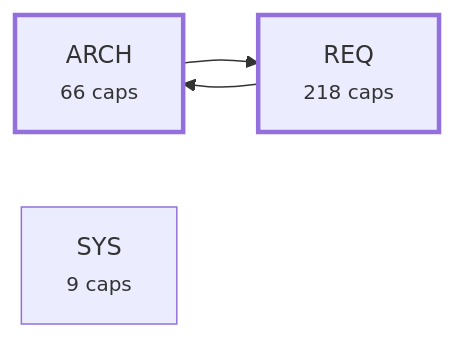
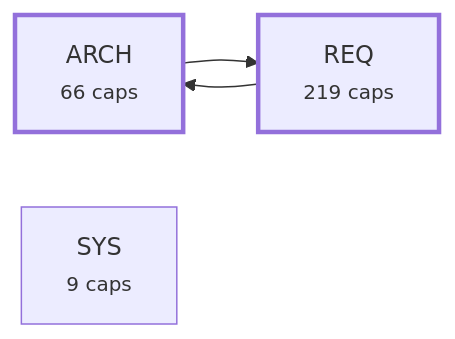
One commit to alxmax/Requirement-manager changed the third of 4 diagrams in plugin/requirements/_map.md. Above: the diagram before and after it, drawn with Mermaid. The commit also changed other lines of this file and 32 other files, not shown here.

````diff
--- a/plugin/requirements/_map.md
+++ b/plugin/requirements/_map.md
@@ -1029,10 +1030,10 @@
 ```mermaid
 graph LR
   a_ARCH["ARCH<br><small>66 caps</small>"]
-  a_REQ["REQ<br><small>218 caps</small>"]
+  a_REQ["REQ<br><small>219 caps</small>"]
   a_SYS["SYS<br><small>9 caps</small>"]
   a_ARCH --> a_REQ
   a_REQ --> a_ARCH
   style a_ARCH stroke-width:3px
   style a_REQ stroke-width:3px
 ```
````
